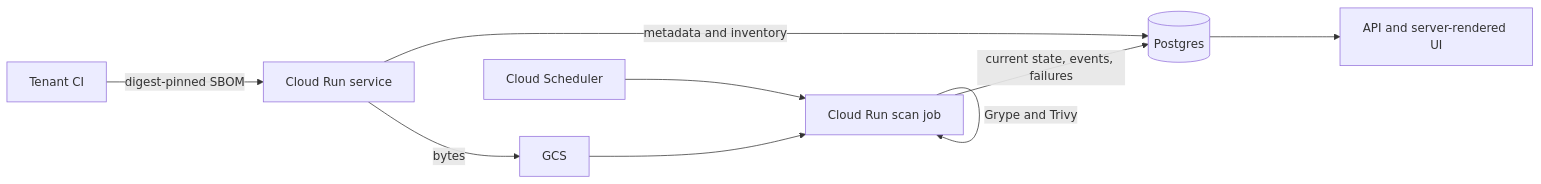
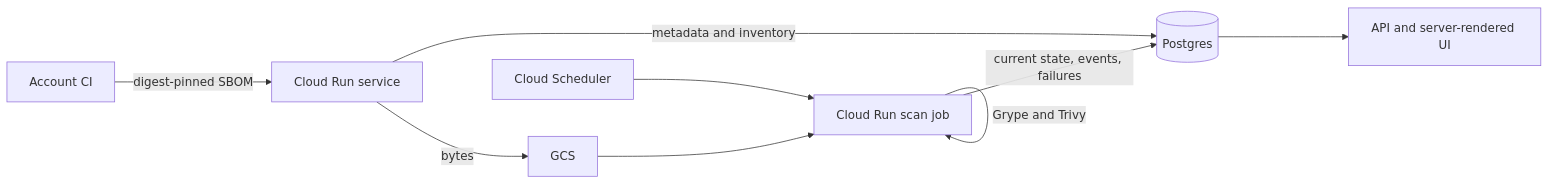
The diagram in DEVELOPMENT.md (thingzio/devradar), drawn with Mermaid before and after one commit. The commit also changed other lines of this file and 45 other files, not shown here.

````diff
--- a/DEVELOPMENT.md
+++ b/DEVELOPMENT.md
@@ -36,11 +36,11 @@
 ```mermaid
 flowchart LR
-    CI[Tenant CI] -->|digest-pinned SBOM| Serve[Cloud Run service]
+    CI[Account CI] -->|digest-pinned SBOM| Serve[Cloud Run service]
     Serve -->|bytes| GCS[GCS]
     Serve -->|metadata and inventory| PG[(Postgres)]
     Scheduler[Cloud Scheduler] --> Scan[Cloud Run scan job]
     GCS --> Scan
     Scan -->|current state, events, failures| PG
     Scan -->|Grype and Trivy| Scan
     PG --> API[API and server-rendered UI]
 ```
````
